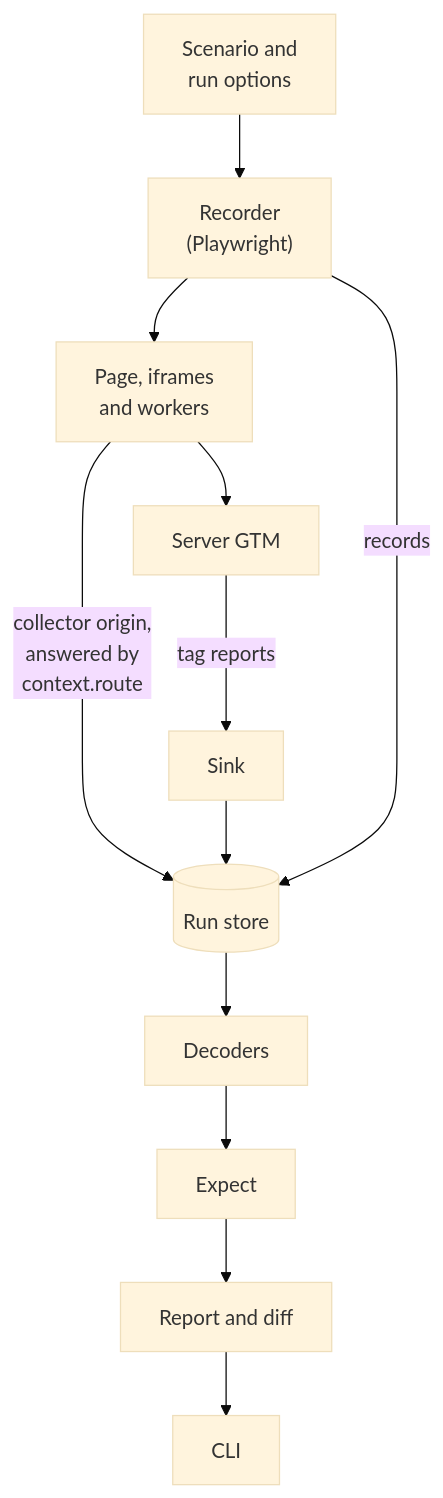
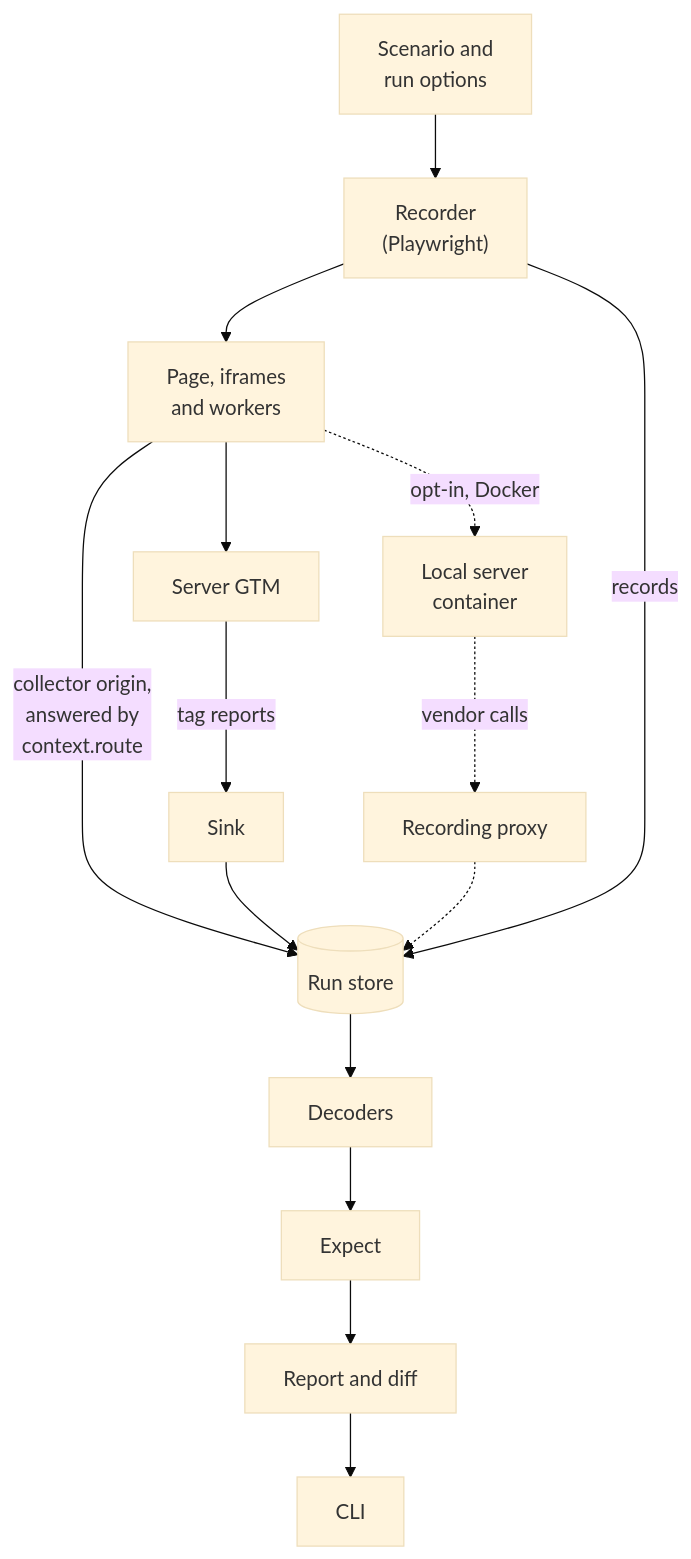
The first of 2 diagrams in docs/design.md (alfhen/pingwright), drawn with Mermaid (base theme) before and after one commit. The commit also changed other lines of this file and 19 other files, not shown here.

First line of the commit message:
feat: server container image build, runner and stand-in

````diff
--- a/docs/design.md
+++ b/docs/design.md
@@ -40,14 +40,17 @@
 ```mermaid
 flowchart TB
   input["Scenario and<br/>run options"] --> recorder["Recorder<br/>(Playwright)"]
   recorder --> page["Page, iframes<br/>and workers"]
   page -->|"collector origin,<br/>answered by<br/>context.route"| store[("Run store")]
   recorder -->|records| store
   page --> sgtm["Server GTM"]
   sgtm -->|"tag reports"| sink["Sink"]
   sink --> store
+  page -.->|"opt-in, Docker"| local["Local server<br/>container"]
+  local -.->|"vendor calls"| proxy["Recording proxy"]
+  proxy -.-> store
   store --> decoders["Decoders"]
   decoders --> expect["Expect"]
   expect --> report["Report and diff"]
   report --> front["CLI"]
 ```
````
